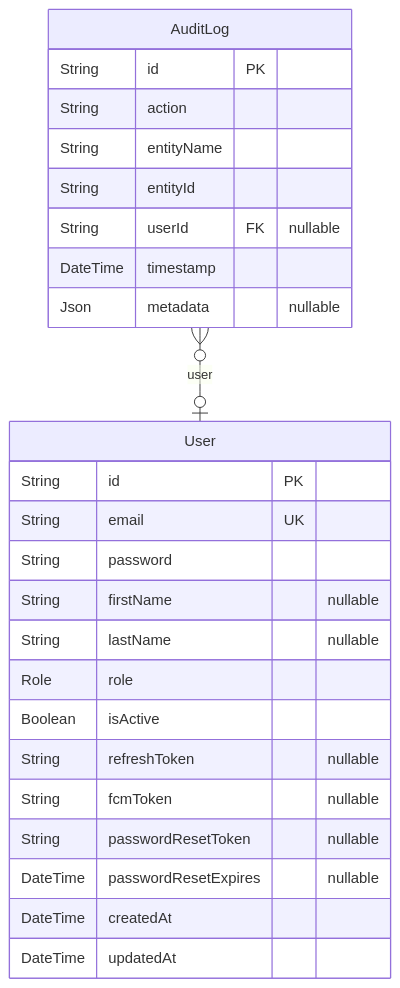
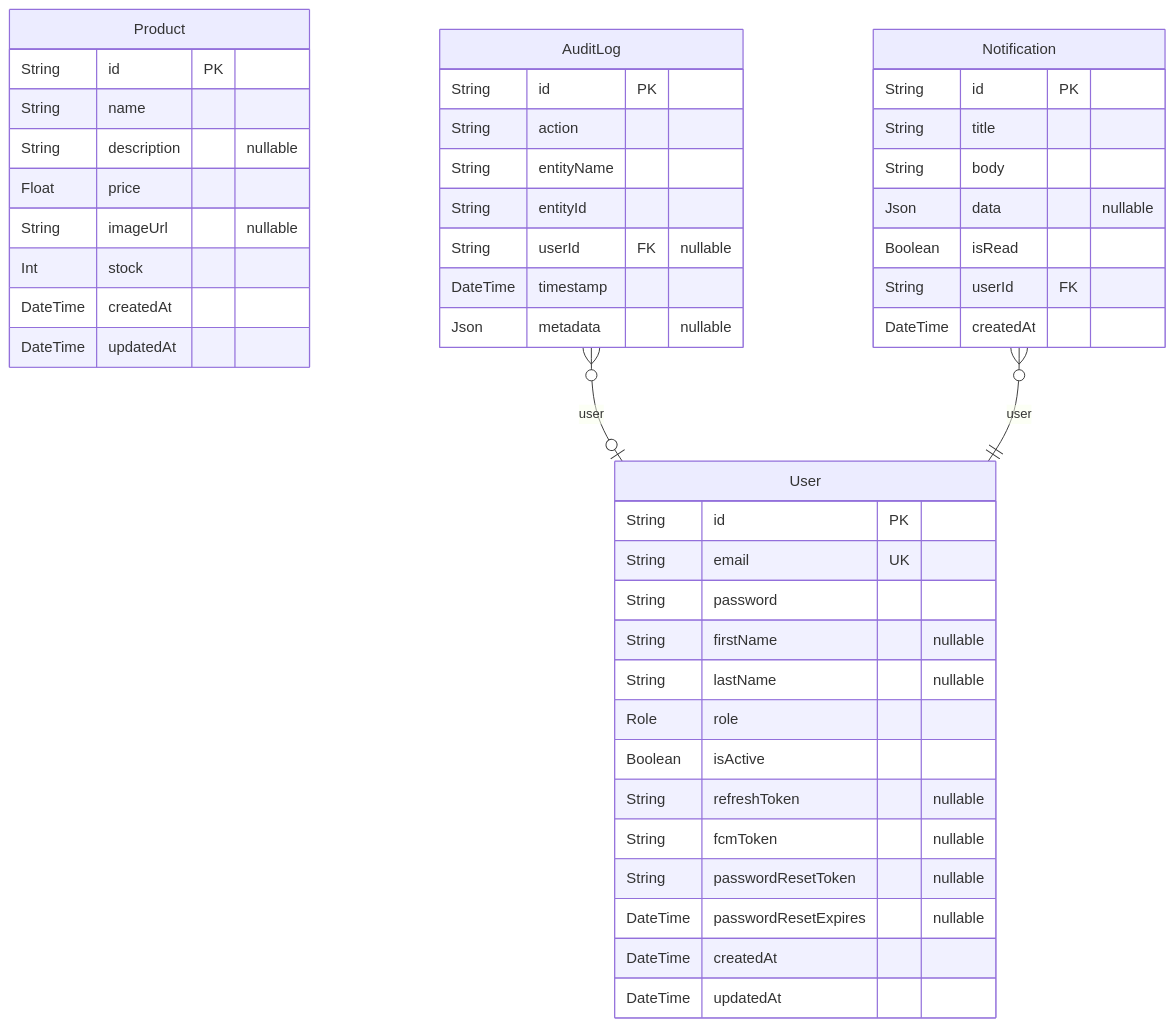
Before and after one commit to ahmedalbanna/my_backend_template_flutter: the diagram in docs/database-schema.md, drawn with Mermaid. The commit also changed other lines of this file and 29 other files, not shown here.

````diff
--- a/docs/database-schema.md
+++ b/docs/database-schema.md
@@ -9,28 +9,48 @@
 ```mermaid
 erDiagram
 "User" {
   String id PK
   String email UK
   String password
   String firstName "nullable"
   String lastName "nullable"
   Role role
   Boolean isActive
   String refreshToken "nullable"
   String fcmToken "nullable"
   String passwordResetToken "nullable"
   DateTime passwordResetExpires "nullable"
   DateTime createdAt
   DateTime updatedAt
 }
+"Product" {
+  String id PK
+  String name
+  String description "nullable"
+  Float price
+  String imageUrl "nullable"
+  Int stock
+  DateTime createdAt
+  DateTime updatedAt
+}
 "AuditLog" {
   String id PK
   String action
   String entityName
   String entityId
   String userId FK "nullable"
   DateTime timestamp
   Json metadata "nullable"
 }
+"Notification" {
+  String id PK
+  String title
+  String body
+  Json data "nullable"
+  Boolean isRead
+  String userId FK
+  DateTime createdAt
+}
 "AuditLog" }o--o| "User" : user
+"Notification" }o--|| "User" : user
 ```
````
